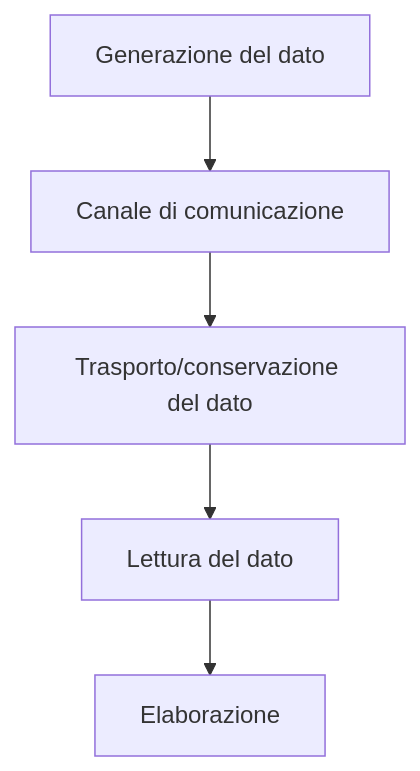
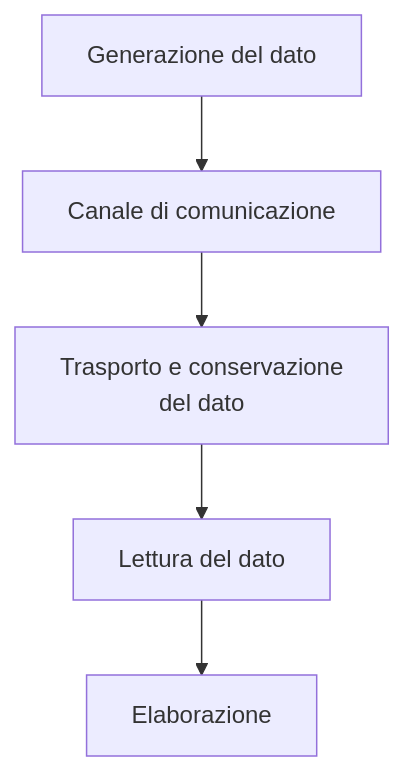
Before and after one commit to giuliacacciamani17/v2-redpanda-agentic-smart-factory: the first of 2 diagrams in docs/02-agentic-data-plane.md, drawn with Mermaid. The commit also changed other lines of this file, not shown here.

````diff
--- a/docs/02-agentic-data-plane.md
+++ b/docs/02-agentic-data-plane.md
@@ -13,13 +13,13 @@
 ```mermaid
 flowchart TD
     A["Generazione del dato"]
     B["Canale di comunicazione"]
-    C["Trasporto/conservazione del dato"]
+    C["Trasporto e conservazione<br/>del dato"]
     D["Lettura del dato"]
     E["Elaborazione"]
 
     A --> B
     B --> C
     C --> D
     D --> E
 ```
````
